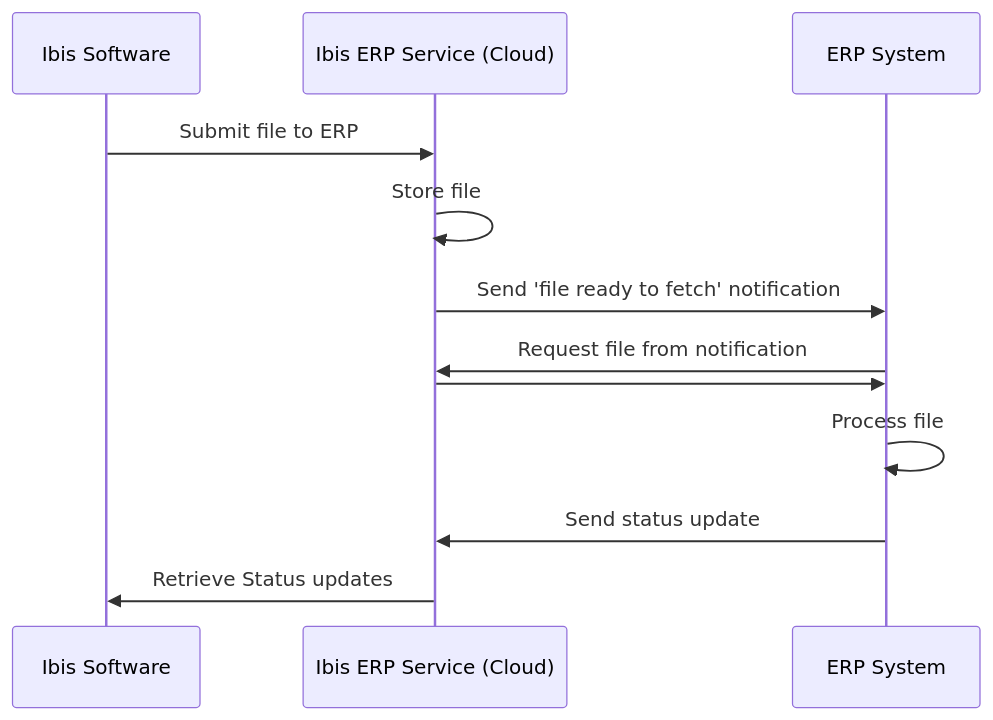
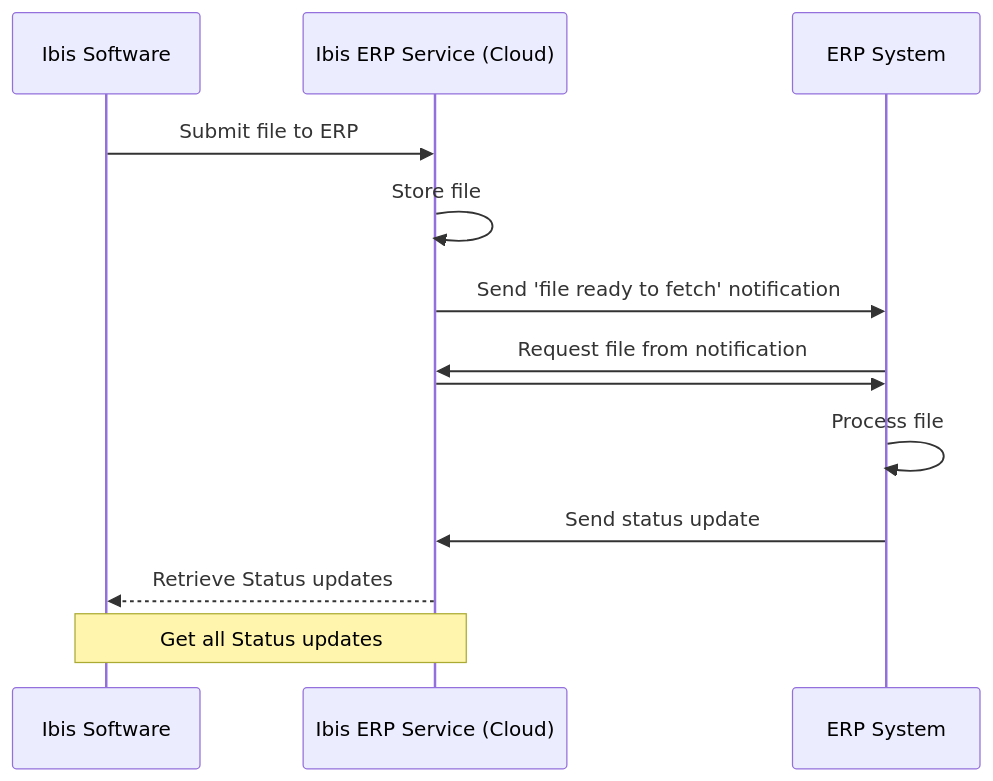
The diagram in README.md (Brink-Software/Ibis.Dataservice.Demo), drawn with Mermaid before and after one commit.

````diff
--- a/README.md
+++ b/README.md
@@ -11,11 +11,12 @@
 ```mermaid
 sequenceDiagram
   Ibis Software->>Ibis ERP Service (Cloud): Submit file to ERP
   Ibis ERP Service (Cloud)->>Ibis ERP Service (Cloud): Store file
   Ibis ERP Service (Cloud)->>ERP System:Send 'file ready to fetch' notification
   ERP System->>Ibis ERP Service (Cloud): Request file from notification
   Ibis ERP Service (Cloud)->>ERP System: 
   ERP System->>ERP System: Process file
   ERP System->>Ibis ERP Service (Cloud): Send status update
-  Ibis ERP Service (Cloud)->> Ibis Software: Retrieve Status updates
+  Ibis ERP Service (Cloud)-->> Ibis Software: Retrieve Status updates
+  Note over Ibis ERP Service (Cloud),Ibis Software: Get all Status updates
 ```
````
